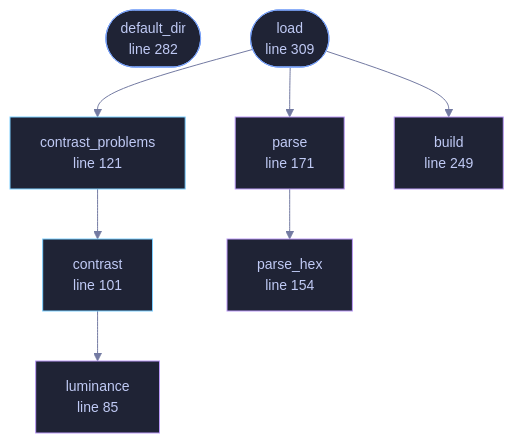
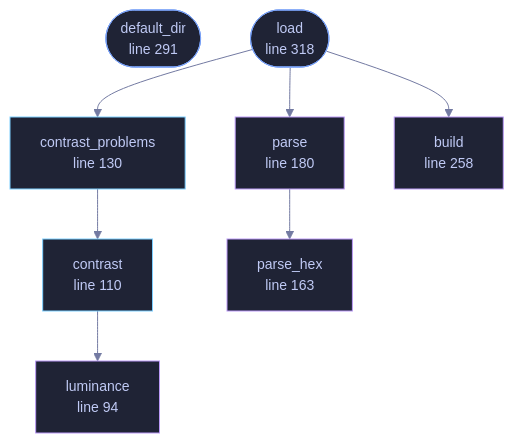
One commit to tilas01/veilvoice changed the diagram in docs/files/veilvoice-gui/palettes.md. Above: the diagram before and after it, drawn with Mermaid. The commit also changed other lines of this file and 487 other files, not shown here.

````diff
--- a/docs/files/veilvoice-gui/palettes.md
+++ b/docs/files/veilvoice-gui/palettes.md
@@ -109,32 +119,32 @@
 ```mermaid
 %%{init: {"theme":"base","themeVariables":{"background":"#1a1b26","primaryColor":"#1f2335","primaryTextColor":"#c0caf5","primaryBorderColor":"#7aa2f7","secondaryColor":"#16161e","tertiaryColor":"#16161e","lineColor":"#737aa2","textColor":"#c0caf5","mainBkg":"#1f2335","nodeBorder":"#7aa2f7","clusterBkg":"#16161e","clusterBorder":"#2f3549","fontFamily":"ui-monospace, SFMono-Regular, Consolas, monospace","fontSize":"14px"}}}%%
 flowchart TD
-    n_luminance["luminance<br/>line 85"]
-    n_contrast["contrast<br/>line 101"]
-    n_contrast_problems["contrast_problems<br/>line 121"]
-    n_parse_hex["parse_hex<br/>line 154"]
-    n_parse["parse<br/>line 171"]
-    n_build["build<br/>line 249"]
-    n_default_dir(["default_dir<br/>line 282"])
-    n_load(["load<br/>line 309"])
+    n_luminance["luminance<br/>line 94"]
+    n_contrast["contrast<br/>line 110"]
+    n_contrast_problems["contrast_problems<br/>line 130"]
+    n_parse_hex["parse_hex<br/>line 163"]
+    n_parse["parse<br/>line 180"]
+    n_build["build<br/>line 258"]
+    n_default_dir(["default_dir<br/>line 291"])
+    n_load(["load<br/>line 318"])
     n_contrast --> n_luminance
     n_contrast_problems --> n_contrast
     n_load --> n_build
     n_load --> n_contrast_problems
     n_load --> n_parse
     n_parse --> n_parse_hex
-    click n_luminance href "https://github.com/tilas01/veilvoice/blob/main/crates/veilvoice-gui/src/palettes.rs#L85" "open the source"
-    click n_contrast href "https://github.com/tilas01/veilvoice/blob/main/crates/veilvoice-gui/src/palettes.rs#L101" "open the source"
-    click n_contrast_problems href "https://github.com/tilas01/veilvoice/blob/main/crates/veilvoice-gui/src/palettes.rs#L121" "open the source"
-    click n_parse_hex href "https://github.com/tilas01/veilvoice/blob/main/crates/veilvoice-gui/src/palettes.rs#L154" "open the source"
-    click n_parse href "https://github.com/tilas01/veilvoice/blob/main/crates/veilvoice-gui/src/palettes.rs#L171" "open the source"
-    click n_build href "https://github.com/tilas01/veilvoice/blob/main/crates/veilvoice-gui/src/palettes.rs#L249" "open the source"
-    click n_default_dir href "https://github.com/tilas01/veilvoice/blob/main/crates/veilvoice-gui/src/palettes.rs#L282" "open the source"
-    click n_load href "https://github.com/tilas01/veilvoice/blob/main/crates/veilvoice-gui/src/palettes.rs#L309" "open the source"
+    click n_luminance href "https://github.com/tilas01/veilvoice/blob/main/crates/veilvoice-gui/src/palettes.rs#L94" "open the source"
+    click n_contrast href "https://github.com/tilas01/veilvoice/blob/main/crates/veilvoice-gui/src/palettes.rs#L110" "open the source"
+    click n_contrast_problems href "https://github.com/tilas01/veilvoice/blob/main/crates/veilvoice-gui/src/palettes.rs#L130" "open the source"
+    click n_parse_hex href "https://github.com/tilas01/veilvoice/blob/main/crates/veilvoice-gui/src/palettes.rs#L163" "open the source"
+    click n_parse href "https://github.com/tilas01/veilvoice/blob/main/crates/veilvoice-gui/src/palettes.rs#L180" "open the source"
+    click n_build href "https://github.com/tilas01/veilvoice/blob/main/crates/veilvoice-gui/src/palettes.rs#L258" "open the source"
+    click n_default_dir href "https://github.com/tilas01/veilvoice/blob/main/crates/veilvoice-gui/src/palettes.rs#L291" "open the source"
+    click n_load href "https://github.com/tilas01/veilvoice/blob/main/crates/veilvoice-gui/src/palettes.rs#L318" "open the source"
     classDef entry fill:#1f2335,stroke:#7aa2f7,color:#c0caf5
     class n_default_dir,n_load entry
     classDef api fill:#1f2335,stroke:#7dcfff,color:#c0caf5
     class n_contrast,n_contrast_problems api
     classDef helper fill:#1f2335,stroke:#bb9af7,color:#c0caf5
     class n_luminance,n_parse_hex,n_parse,n_build helper
 ```
````
